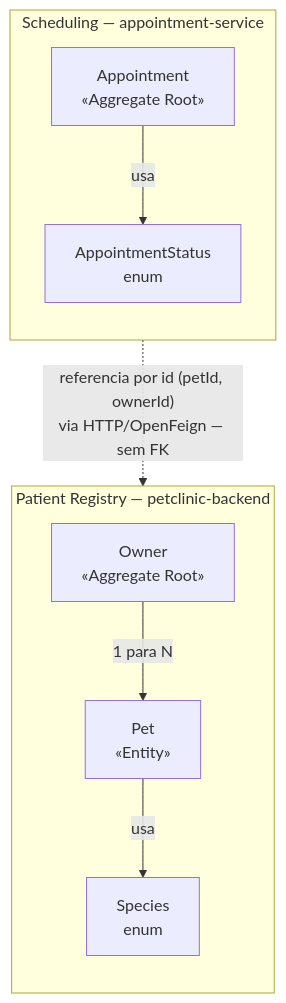
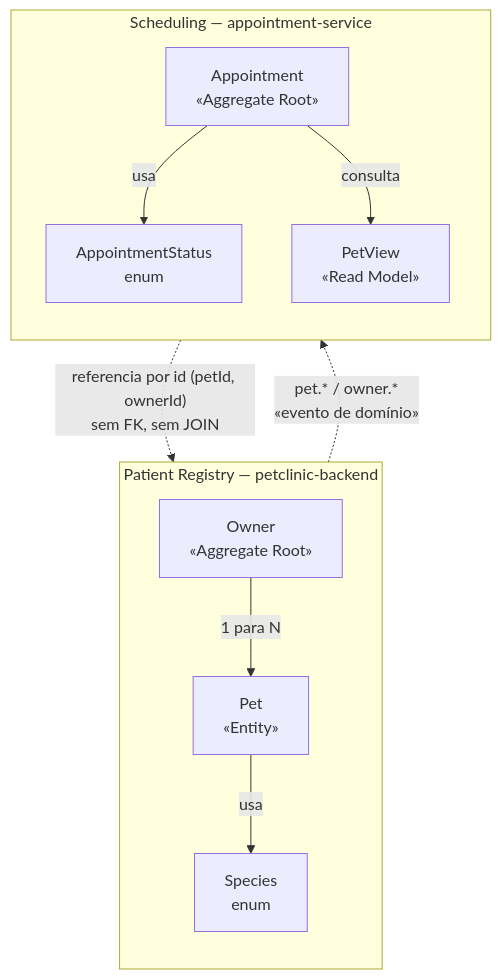
One commit to infnet-antonio-lemos/projeto-bloco-softwares-escalaveis changed the first of 3 diagrams in docs/ddd-context-map.md. Above: the diagram before and after it, drawn with Mermaid. The commit also changed other lines of this file and 55 other files, not shown here.

````diff
--- a/docs/ddd-context-map.md
+++ b/docs/ddd-context-map.md
@@ -7,22 +14,25 @@
 ```mermaid
 flowchart TD
   subgraph PR["Patient Registry — petclinic-backend"]
     direction TB
     PR_AR["Owner\n«Aggregate Root»"]
     PR_E["Pet\n«Entity»"]
     PR_VO["Species\nenum"]
 
     PR_AR -- "1 para N" --> PR_E
     PR_E -- usa --> PR_VO
   end
 
   subgraph SC["Scheduling — appointment-service"]
     direction TB
     SC_AR["Appointment\n«Aggregate Root»"]
     SC_VO["AppointmentStatus\nenum"]
+    SC_PV["PetView\n«Read Model»"]
 
     SC_AR -- usa --> SC_VO
+    SC_AR -- consulta --> SC_PV
   end
 
-  SC_AR -. "referencia por id (petId, ownerId)\nvia HTTP/OpenFeign — sem FK" .-> PR_E
+  PR_E -. "pet.* / owner.*\n«evento de domínio»" .-> SC_PV
+  SC_AR -. "referencia por id (petId, ownerId)\nsem FK, sem JOIN" .-> PR_E
 ```
````
